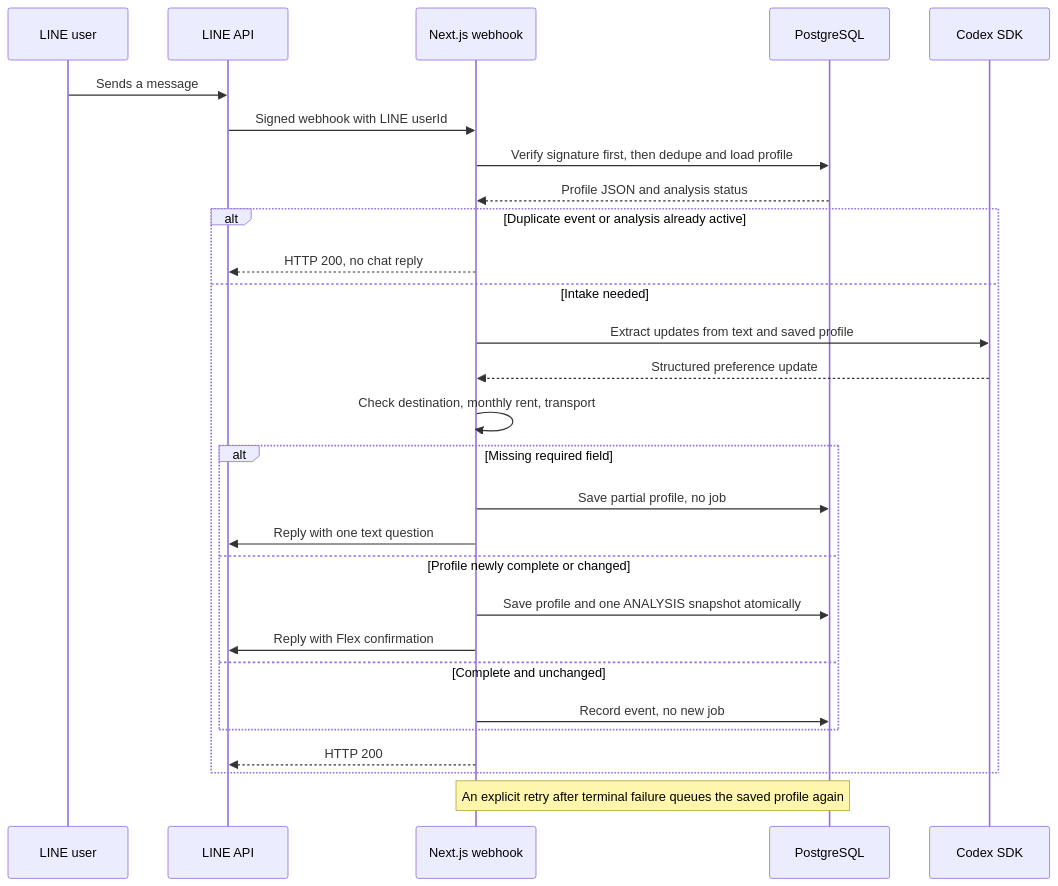
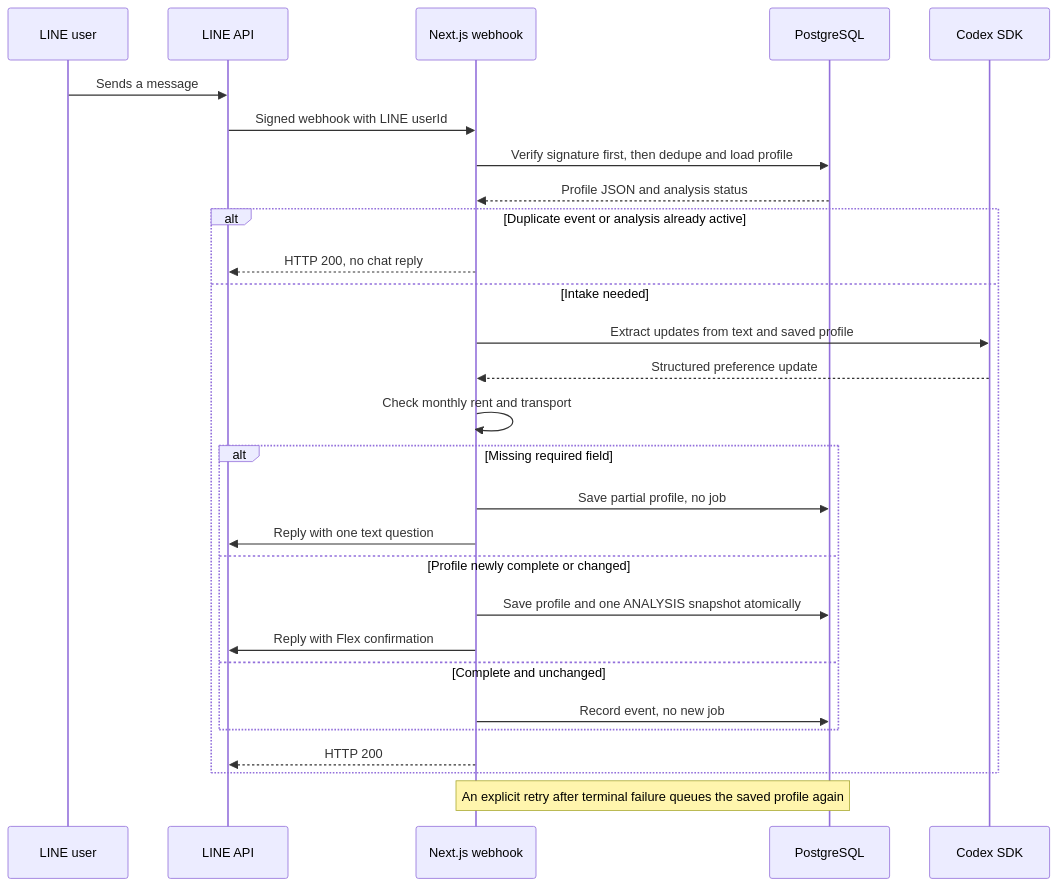
Before and after one commit to bytesbanana/yoonaidee: the diagram in docs/line-codex-current-flow.mmd, drawn with Mermaid. The commit also changed 15 other files, not shown here.

```diff
--- a/docs/line-codex-current-flow.mmd
+++ b/docs/line-codex-current-flow.mmd
@@ -1,29 +1,29 @@
 sequenceDiagram
     participant U as LINE user
     participant L as LINE API
     participant W as Next.js webhook
     participant D as PostgreSQL
     participant C as Codex SDK
 
     U->>L: Sends a message
     L->>W: Signed webhook with LINE userId
     W->>D: Verify signature first, then dedupe and load profile
     D-->>W: Profile JSON and analysis status
     alt Duplicate event or analysis already active
         W-->>L: HTTP 200, no chat reply
     else Intake needed
         W->>C: Extract updates from text and saved profile
         C-->>W: Structured preference update
-        W->>W: Check destination, monthly rent, transport
+        W->>W: Check monthly rent and transport
         alt Missing required field
             W->>D: Save partial profile, no job
             W->>L: Reply with one text question
         else Profile newly complete or changed
             W->>D: Save profile and one ANALYSIS snapshot atomically
             W->>L: Reply with Flex confirmation
         else Complete and unchanged
             W->>D: Record event, no new job
         end
         W-->>L: HTTP 200
     end
     Note over W,D: An explicit retry after terminal failure queues the saved profile again
```
